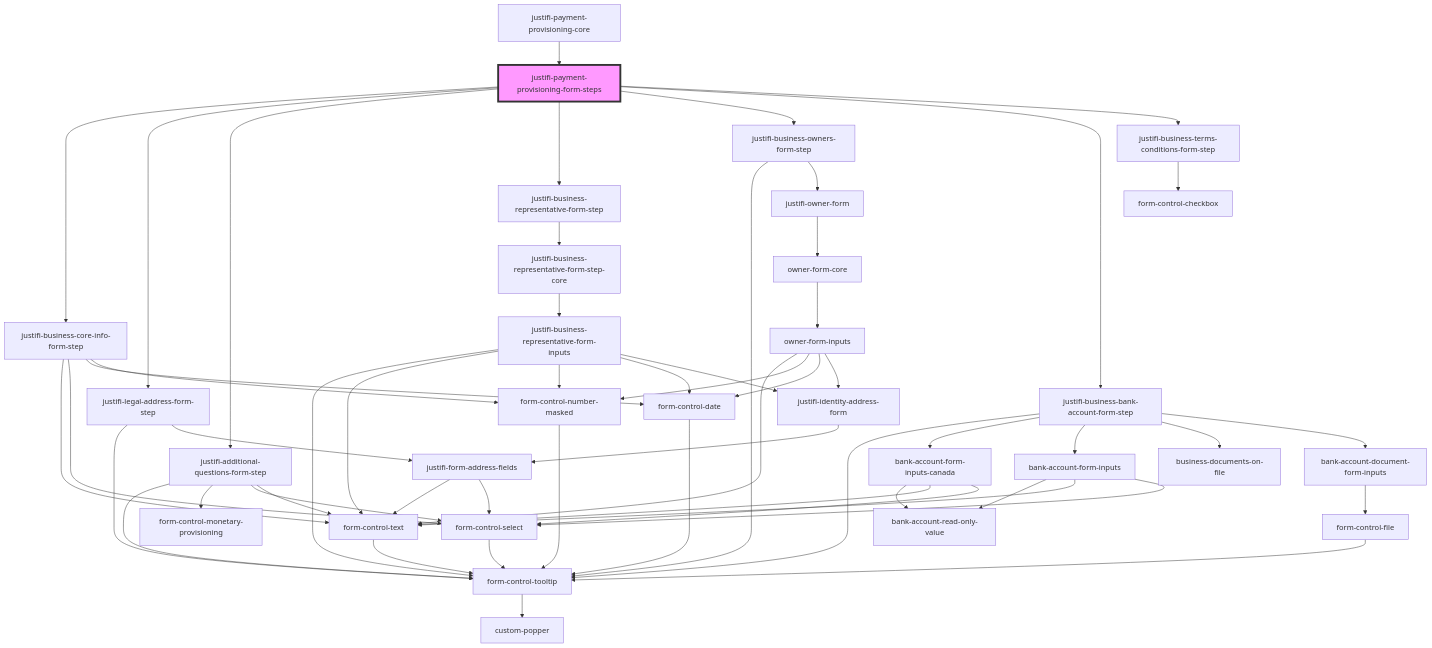
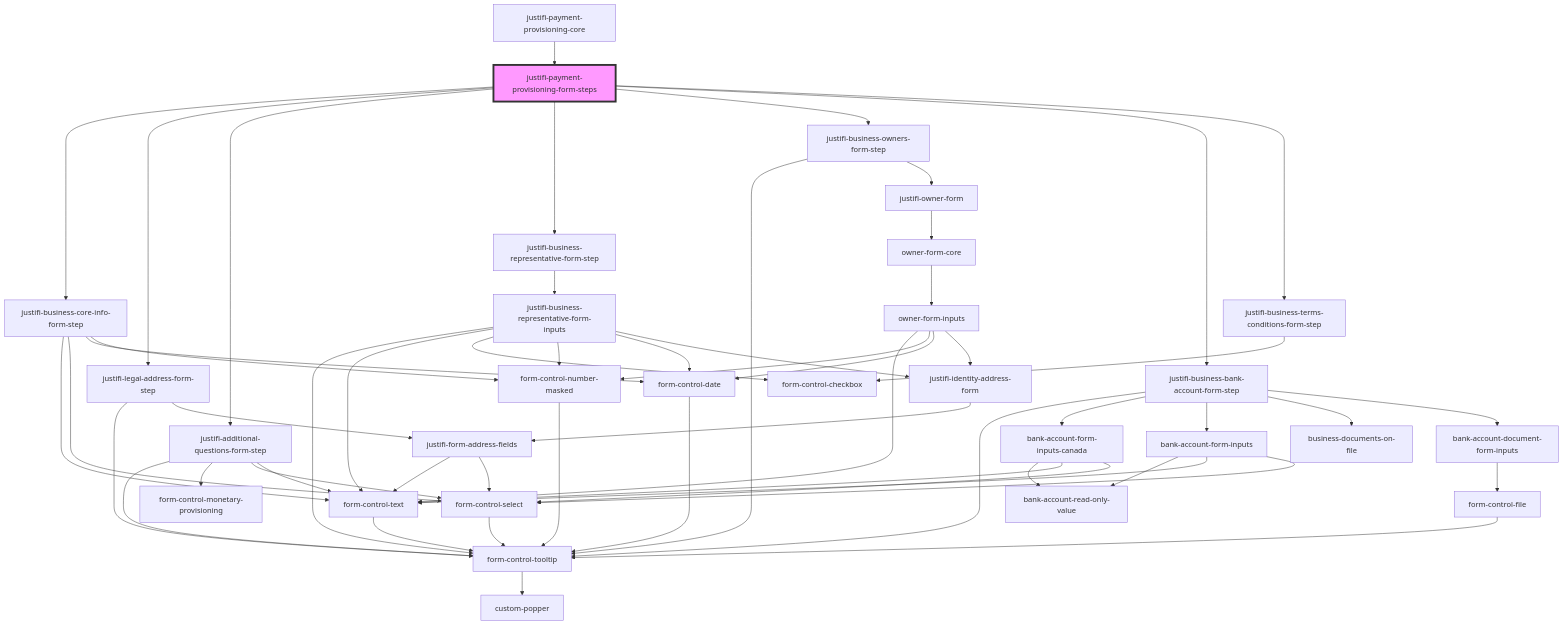
The diagram in packages/webcomponents/src/components/business-forms/payment-provisioning/readme.md (justifi-tech/web-component-library), drawn with Mermaid before and after one commit. The commit also changed 3 other files, not shown here.

````diff
--- a/packages/webcomponents/src/components/business-forms/payment-provisioning/readme.md
+++ b/packages/webcomponents/src/components/business-forms/payment-provisioning/readme.md
@@ -36,59 +36,59 @@
 ```mermaid
 graph TD;
   justifi-payment-provisioning-form-steps --> justifi-business-core-info-form-step
   justifi-payment-provisioning-form-steps --> justifi-legal-address-form-step
   justifi-payment-provisioning-form-steps --> justifi-additional-questions-form-step
   justifi-payment-provisioning-form-steps --> justifi-business-representative-form-step
   justifi-payment-provisioning-form-steps --> justifi-business-owners-form-step
   justifi-payment-provisioning-form-steps --> justifi-business-bank-account-form-step
   justifi-payment-provisioning-form-steps --> justifi-business-terms-conditions-form-step
   justifi-business-core-info-form-step --> form-control-text
   justifi-business-core-info-form-step --> form-control-select
   justifi-business-core-info-form-step --> form-control-date
   justifi-business-core-info-form-step --> form-control-number-masked
   form-control-text --> form-control-tooltip
   form-control-tooltip --> custom-popper
   form-control-select --> form-control-tooltip
   form-control-date --> form-control-tooltip
   form-control-number-masked --> form-control-tooltip
   justifi-legal-address-form-step --> form-control-tooltip
   justifi-legal-address-form-step --> justifi-form-address-fields
   justifi-form-address-fields --> form-control-text
   justifi-form-address-fields --> form-control-select
   justifi-additional-questions-form-step --> form-control-tooltip
   justifi-additional-questions-form-step --> form-control-monetary-provisioning
   justifi-additional-questions-form-step --> form-control-select
   justifi-additional-questions-form-step --> form-control-text
-  justifi-business-representative-form-step --> justifi-business-representative-form-step-core
-  justifi-business-representative-form-step-core --> justifi-business-representative-form-inputs
+  justifi-business-representative-form-step --> justifi-business-representative-form-inputs
   justifi-business-representative-form-inputs --> form-control-tooltip
   justifi-business-representative-form-inputs --> form-control-text
+  justifi-business-representative-form-inputs --> form-control-checkbox
   justifi-business-representative-form-inputs --> form-control-number-masked
   justifi-business-representative-form-inputs --> form-control-date
   justifi-business-representative-form-inputs --> justifi-identity-address-form
   justifi-identity-address-form --> justifi-form-address-fields
   justifi-business-owners-form-step --> form-control-tooltip
   justifi-business-owners-form-step --> justifi-owner-form
   justifi-owner-form --> owner-form-core
   owner-form-core --> owner-form-inputs
   owner-form-inputs --> form-control-text
   owner-form-inputs --> form-control-number-masked
   owner-form-inputs --> form-control-date
   owner-form-inputs --> justifi-identity-address-form
   justifi-business-bank-account-form-step --> form-control-tooltip
   justifi-business-bank-account-form-step --> bank-account-form-inputs-canada
   justifi-business-bank-account-form-step --> bank-account-form-inputs
   justifi-business-bank-account-form-step --> business-documents-on-file
   justifi-business-bank-account-form-step --> bank-account-document-form-inputs
   bank-account-form-inputs-canada --> bank-account-read-only-value
   bank-account-form-inputs-canada --> form-control-text
   bank-account-form-inputs-canada --> form-control-select
   bank-account-form-inputs --> bank-account-read-only-value
   bank-account-form-inputs --> form-control-text
   bank-account-form-inputs --> form-control-select
   bank-account-document-form-inputs --> form-control-file
   form-control-file --> form-control-tooltip
   justifi-business-terms-conditions-form-step --> form-control-checkbox
   justifi-payment-provisioning-core --> justifi-payment-provisioning-form-steps
   style justifi-payment-provisioning-form-steps fill:#f9f,stroke:#333,stroke-width:4px
 ```
````
